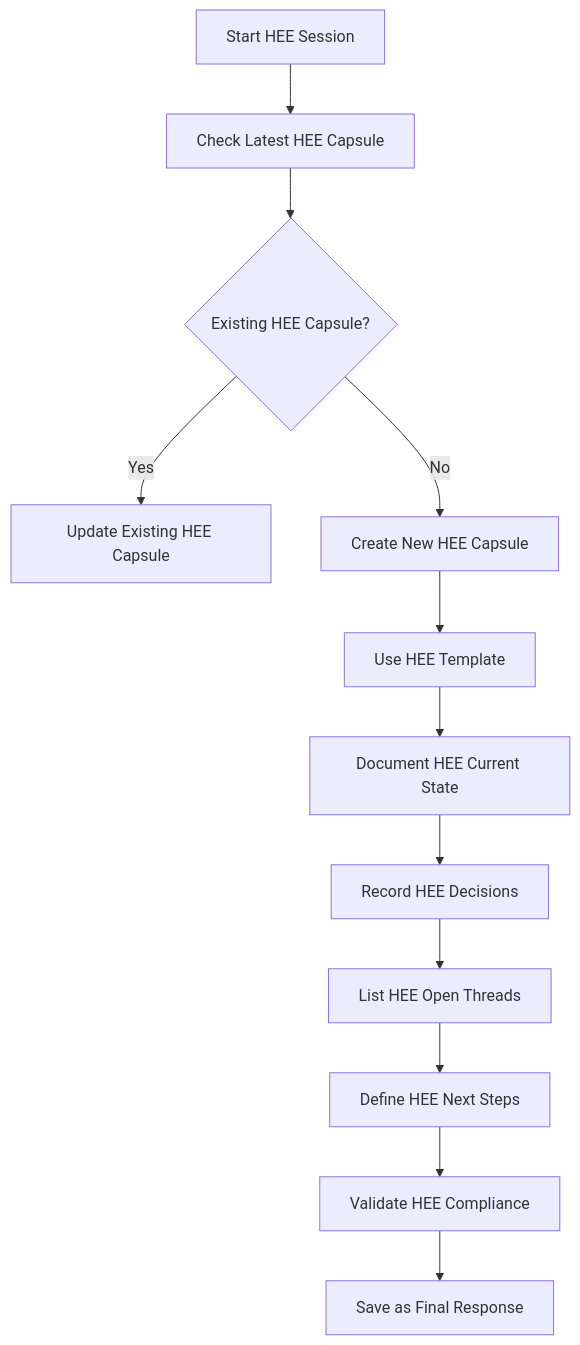
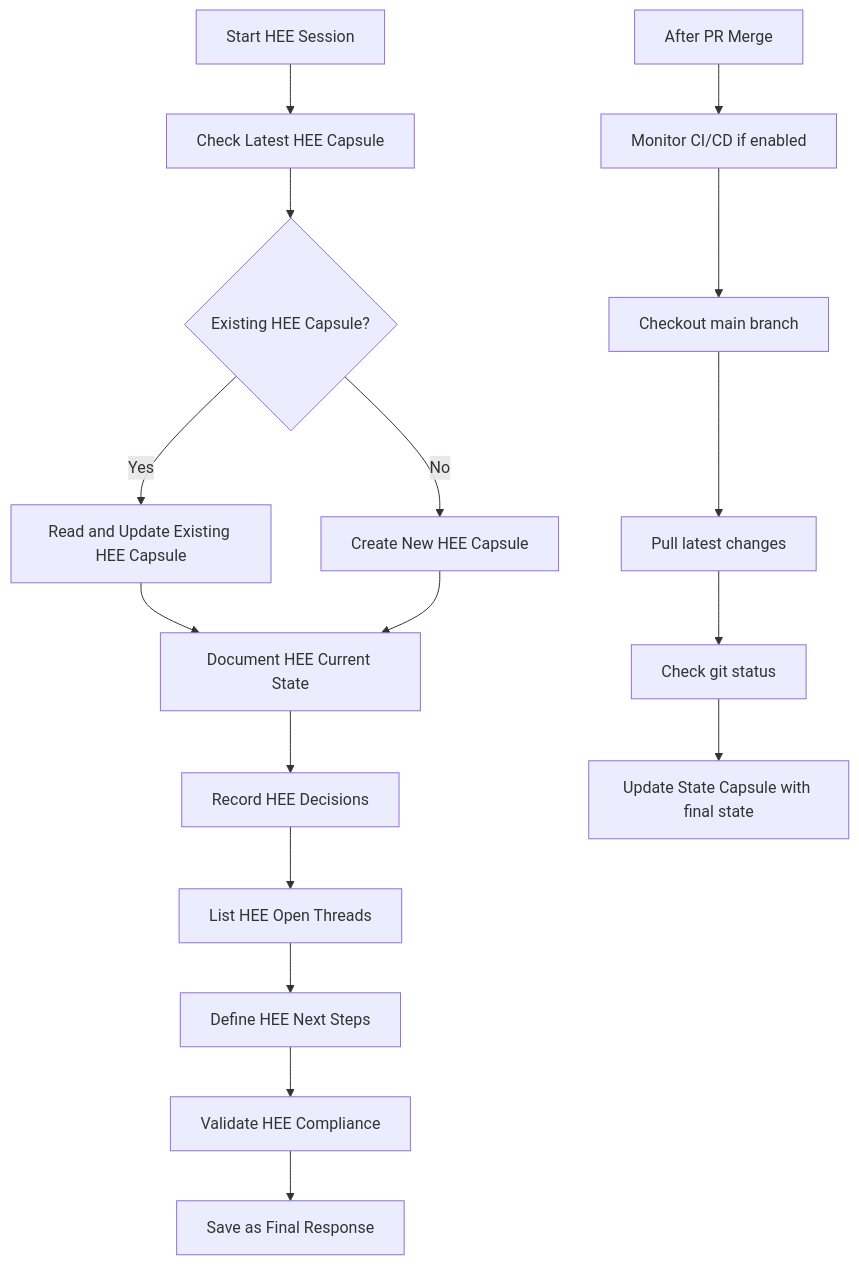
One commit to spencerbutler/human-execution-engine changed the diagram in prompts/STATE_CAPSULE_GUIDE.md. Above: the diagram before and after it, drawn with Mermaid. The commit also changed other lines of this file, not shown here.

Commit message:
feat: Update state capsule rules with new workflow [model: claude-3.5-sonnet]
- Add rule to check for existing capsule before creating new one
- Update workflow to include post-PR merge state capsule update
- Include CI/CD monitoring, branch checkout, and status check steps
- Enhance state capsule creation process with proper workflow

State Capsule: docs/STATE_CAPSULES/2026-01-24/HEE-Prompt-Optimization-Complete.md

````diff
--- a/prompts/STATE_CAPSULE_GUIDE.md
+++ b/prompts/STATE_CAPSULE_GUIDE.md
@@ -108,14 +113,20 @@
 ```mermaid
 graph TD
     A[Start HEE Session] --> B[Check Latest HEE Capsule]
     B --> C{Existing HEE Capsule?}
-    C -->|Yes| D[Update Existing HEE Capsule]
+    C -->|Yes| D[Read and Update Existing HEE Capsule]
     C -->|No| E[Create New HEE Capsule]
-    E --> F[Use HEE Template]
-    F --> G[Document HEE Current State]
-    G --> H[Record HEE Decisions]
-    H --> I[List HEE Open Threads]
-    I --> J[Define HEE Next Steps]
-    J --> K[Validate HEE Compliance]
-    K --> L[Save as Final Response]
+    D --> F[Document HEE Current State]
+    E --> F
+    F --> G[Record HEE Decisions]
+    G --> H[List HEE Open Threads]
+    H --> I[Define HEE Next Steps]
+    I --> J[Validate HEE Compliance]
+    J --> K[Save as Final Response]
+    
+    L[After PR Merge] --> M[Monitor CI/CD if enabled]
+    M --> N[Checkout main branch]
+    N --> O[Pull latest changes]
+    O --> P[Check git status]
+    P --> Q[Update State Capsule with final state]
 ```
````
